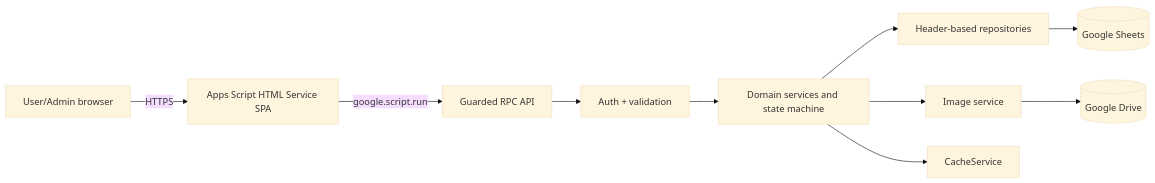
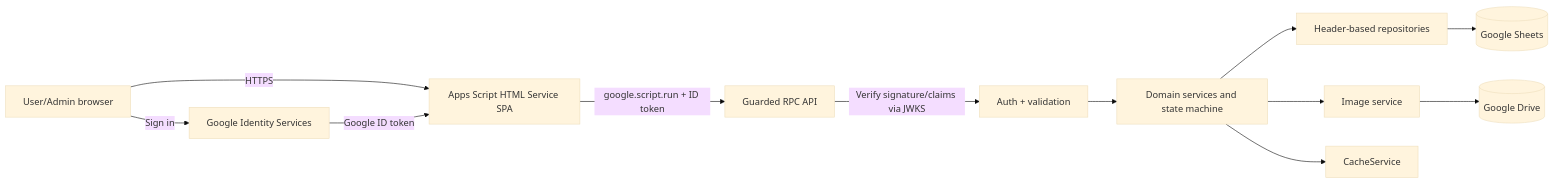
The diagram in docs/ARCHITECTURE.md (v4r1n/crs-equipment-borrowing-system), drawn with Mermaid (base theme) before and after one commit. The commit also changed other lines of this file and 40 other files, not shown here.

Commit message:
feat(auth): support external Google accounts

````diff
--- a/docs/ARCHITECTURE.md
+++ b/docs/ARCHITECTURE.md
@@ -9,12 +9,14 @@
 ```mermaid
 flowchart LR
-  U[User/Admin browser] -->|HTTPS| H[Apps Script HTML Service SPA]
-  H -->|google.script.run| A[Guarded RPC API]
-  A --> G[Auth + validation]
+  U[User/Admin browser] -->|Sign in| GIS[Google Identity Services]
+  U -->|HTTPS| H[Apps Script HTML Service SPA]
+  GIS -->|Google ID token| H
+  H -->|google.script.run + ID token| A[Guarded RPC API]
+  A -->|Verify signature/claims via JWKS| G[Auth + validation]
   G --> S[Domain services and state machine]
   S --> R[Header-based repositories]
   R --> DB[(Google Sheets)]
   S --> F[Image service]
   F --> D[(Google Drive)]
   S --> C[CacheService]
 ```
````
